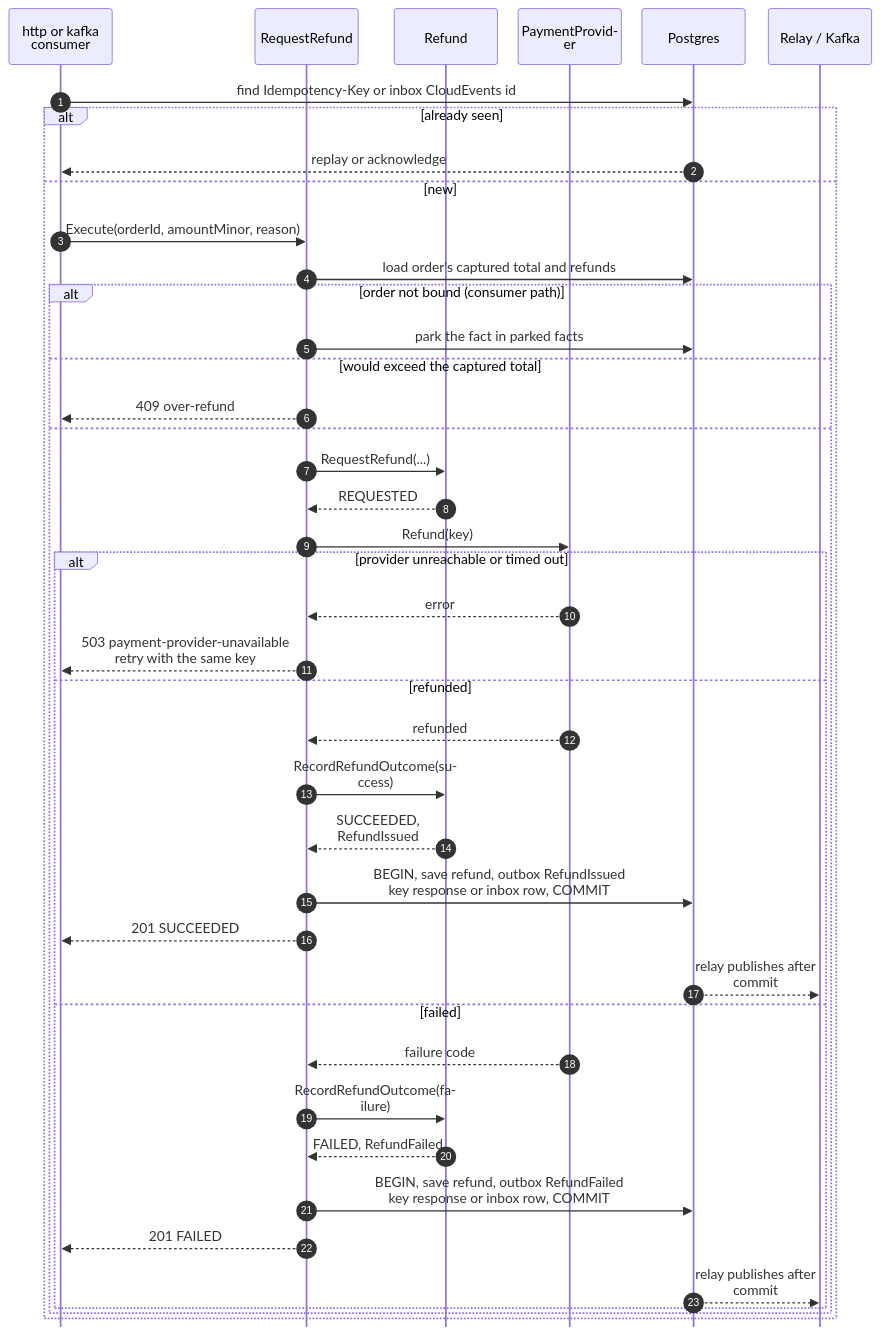
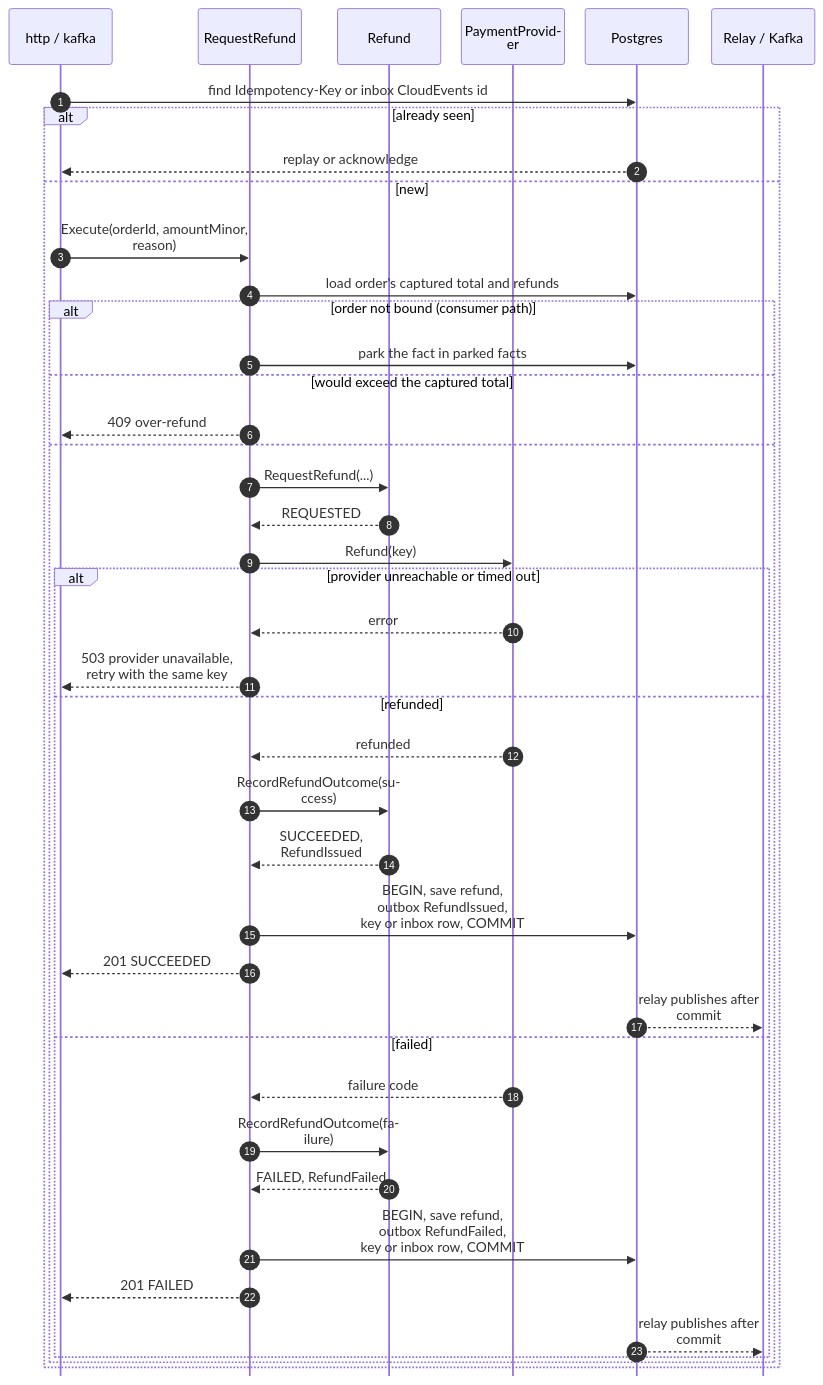
The third of 8 diagrams in storefront/docs/contexts/customer-payments/sequence-diagrams.md (IQVO/warehouse-docs), drawn with Mermaid before and after one commit. The commit also changed other lines of this file and 7 other files, not shown here.

Commit message:
docs(storefront): wire customer-payments pack into sidebar and contexts index; tighten diagram widths

````diff
--- a/storefront/docs/contexts/customer-payments/sequence-diagrams.md
+++ b/storefront/docs/contexts/customer-payments/sequence-diagrams.md
@@ -148,45 +148,45 @@
 ```mermaid
 %%{init: {"sequence": {"wrap": true, "width": 120, "actorMargin": 24, "messageMargin": 28, "boxMargin": 6, "noteMargin": 6, "mirrorActors": false}}}%%
 sequenceDiagram
     autonumber
-    participant H as http or kafka consumer
+    participant H as http / kafka
     participant UC as RequestRefund
     participant R as Refund
     participant P as PaymentProvider
     participant DB as Postgres
     participant K as Relay / Kafka
     H->>DB: find Idempotency-Key or inbox CloudEvents id
     alt already seen
         DB-->>H: replay or acknowledge
     else new
         H->>UC: Execute(orderId, amountMinor, reason)
         UC->>DB: load order's captured total and refunds
         alt order not bound (consumer path)
             UC->>DB: park the fact in parked facts
         else would exceed the captured total
             UC-->>H: 409 over-refund
         else
             UC->>R: RequestRefund(...)
             R-->>UC: REQUESTED
             UC->>P: Refund(key)
             alt provider unreachable or timed out
                 P-->>UC: error
-                UC-->>H: 503 payment-provider-unavailable<br/>retry with the same key
+                UC-->>H: 503 provider unavailable,<br/>retry with the same key
             else refunded
                 P-->>UC: refunded
                 UC->>R: RecordRefundOutcome(success)
                 R-->>UC: SUCCEEDED, RefundIssued
-                UC->>DB: BEGIN, save refund, outbox RefundIssued<br/>key response or inbox row, COMMIT
+                UC->>DB: BEGIN, save refund,<br/>outbox RefundIssued,<br/>key or inbox row, COMMIT
                 UC-->>H: 201 SUCCEEDED
                 DB-->>K: relay publishes after commit
             else failed
                 P-->>UC: failure code
                 UC->>R: RecordRefundOutcome(failure)
                 R-->>UC: FAILED, RefundFailed
-                UC->>DB: BEGIN, save refund, outbox RefundFailed<br/>key response or inbox row, COMMIT
+                UC->>DB: BEGIN, save refund,<br/>outbox RefundFailed,<br/>key or inbox row, COMMIT
                 UC-->>H: 201 FAILED
                 DB-->>K: relay publishes after commit
             end
         end
     end
 ```
````
